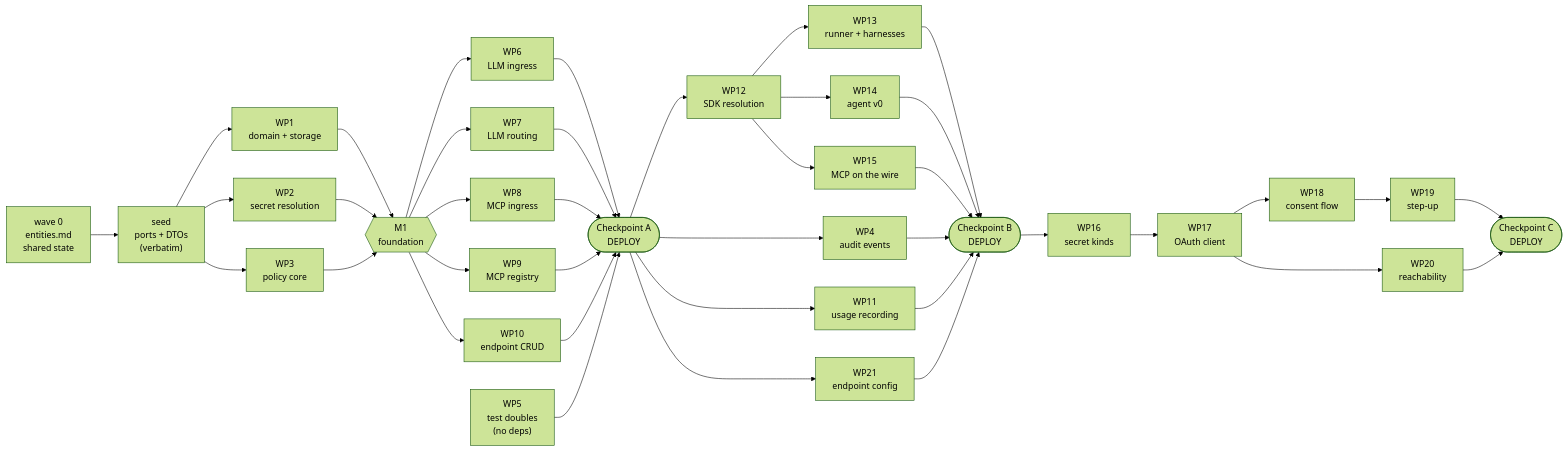
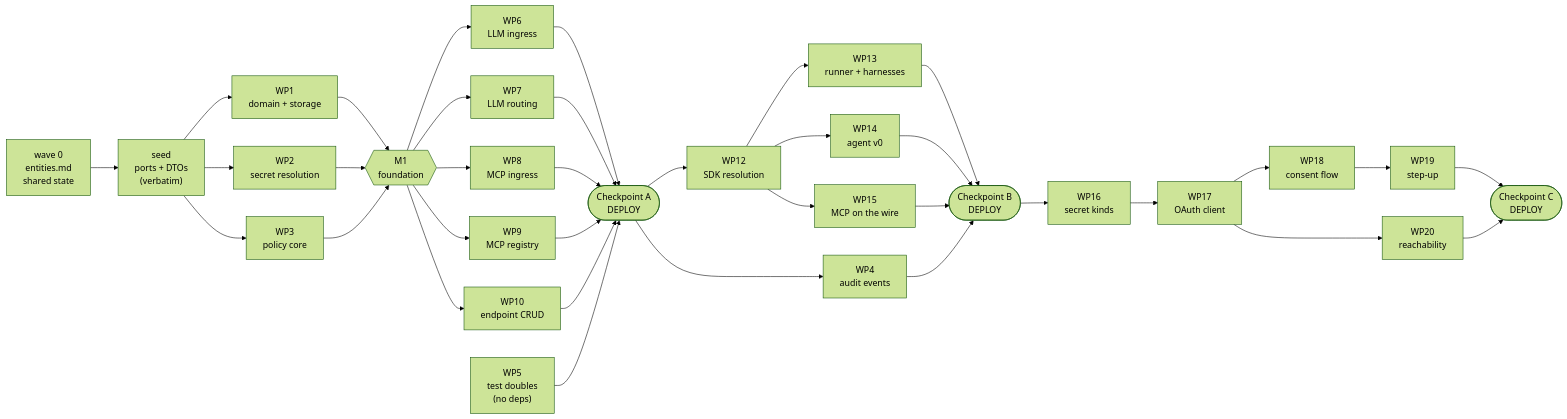
One commit to Agenta-AI/agenta changed the diagram in docs/design/gateways-research/v1/plan.md. Above: the diagram before and after it, drawn with Mermaid (forest theme). The commit also changed other lines of this file and 4 other files, not shown here.

````diff
--- a/docs/design/gateways-research/v1/plan.md
+++ b/docs/design/gateways-research/v1/plan.md
@@ -103,29 +102,27 @@
 ```mermaid
 flowchart LR
     W0["wave 0<br/>entities.md<br/>shared state"] --> S["seed<br/>ports + DTOs<br/>(verbatim)"]
     S --> WP1["WP1<br/>domain + storage"]
     S --> WP2["WP2<br/>secret resolution"]
     S --> WP3["WP3<br/>policy core"]
     WP5["WP5<br/>test doubles<br/>(no deps)"]
     WP1 & WP2 & WP3 --> M1{{"M1<br/>foundation"}}
     M1 --> WP6["WP6<br/>LLM ingress"]
     M1 --> WP7["WP7<br/>LLM routing"]
     M1 --> WP8["WP8<br/>MCP ingress"]
     M1 --> WP9["WP9<br/>MCP registry"]
     M1 --> WP10["WP10<br/>endpoint CRUD"]
     WP6 & WP7 & WP8 & WP9 & WP10 & WP5 --> CA(["Checkpoint A<br/>DEPLOY"])
     CA --> WP12["WP12<br/>SDK resolution"]
     CA --> WP4["WP4<br/>audit events"]
-    CA --> WP11["WP11<br/>usage recording"]
-    CA --> WP21["WP21<br/>endpoint config"]
     WP12 --> WP13["WP13<br/>runner + harnesses"]
     WP12 --> WP14["WP14<br/>agent v0"]
     WP12 --> WP15["WP15<br/>MCP on the wire"]
-    WP13 & WP14 & WP15 & WP4 & WP11 & WP21 --> CB(["Checkpoint B<br/>DEPLOY"])
+    WP13 & WP14 & WP15 & WP4 --> CB(["Checkpoint B<br/>DEPLOY"])
     CB --> WP16["WP16<br/>secret kinds"]
     WP16 --> WP17["WP17<br/>OAuth client"]
     WP17 --> WP18["WP18<br/>consent flow"]
     WP17 --> WP20["WP20<br/>reachability"]
     WP18 --> WP19["WP19<br/>step-up"]
     WP19 & WP20 --> CC(["Checkpoint C<br/>DEPLOY"])
 ```
````
